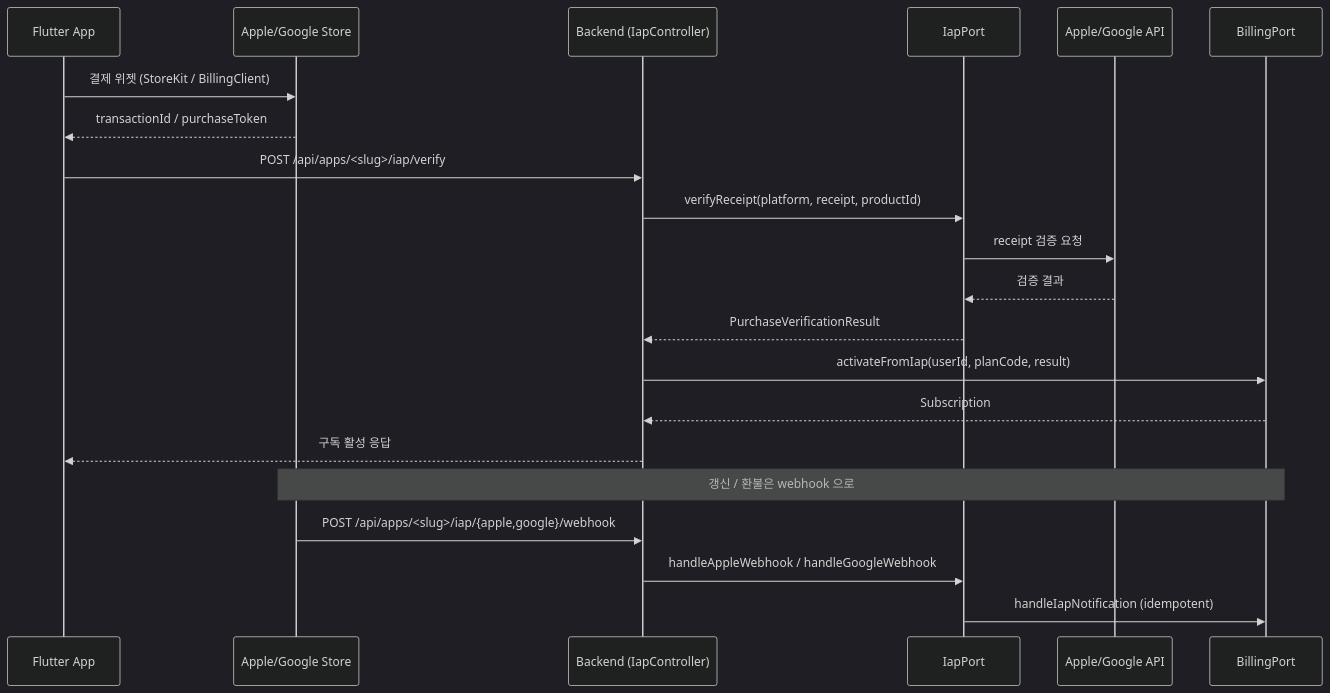
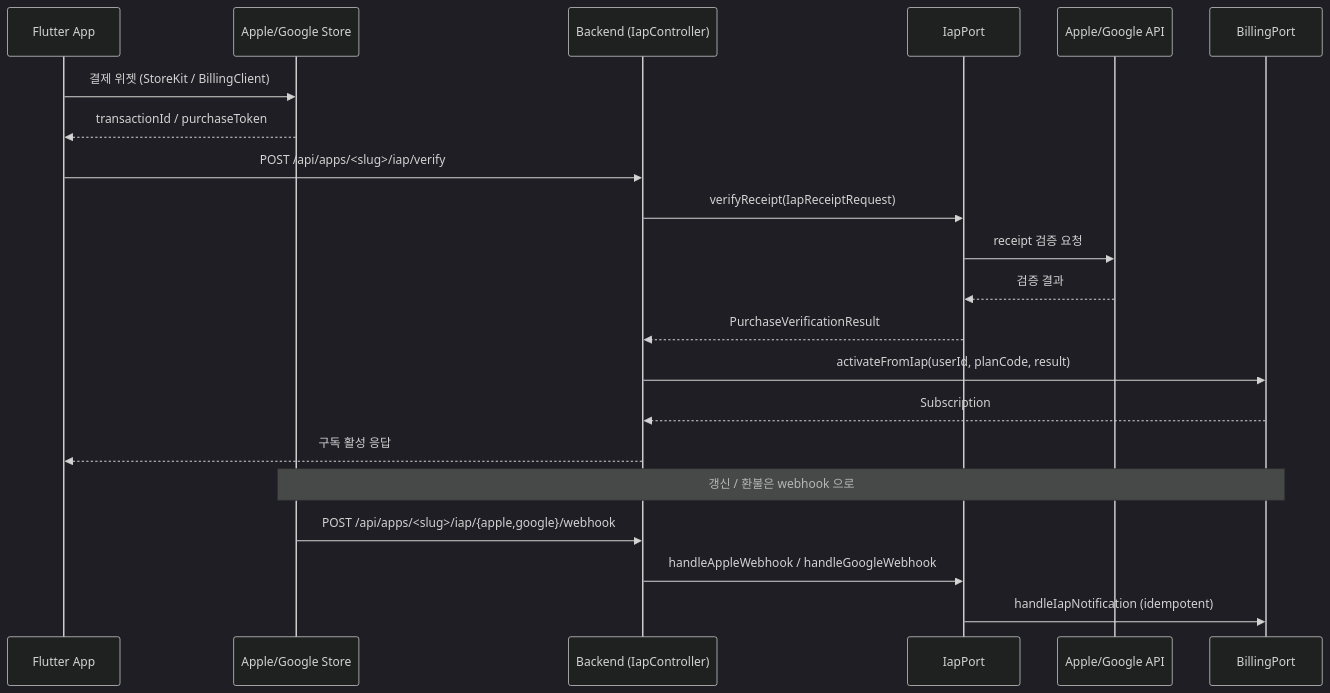
The first of 2 diagrams in docs/api-and-functional/functional/billing-iap-payment.md (storkspear/docs-template-spring), drawn with Mermaid (dark theme) before and after one commit. The commit also changed 3 other files, not shown here.

````diff
--- a/docs/api-and-functional/functional/billing-iap-payment.md
+++ b/docs/api-and-functional/functional/billing-iap-payment.md
@@ -43,25 +43,25 @@
 ```mermaid
 sequenceDiagram
     participant App as Flutter App
     participant Store as Apple/Google Store
     participant API as Backend (IapController)
     participant IapPort
     participant Verify as Apple/Google API
     participant Billing as BillingPort
 
     App->>Store: 결제 위젯 (StoreKit / BillingClient)
     Store-->>App: transactionId / purchaseToken
     App->>API: POST /api/apps/<slug>/iap/verify
-    API->>IapPort: verifyReceipt(platform, receipt, productId)
+    API->>IapPort: verifyReceipt(IapReceiptRequest)
     IapPort->>Verify: receipt 검증 요청
     Verify-->>IapPort: 검증 결과
     IapPort-->>API: PurchaseVerificationResult
     API->>Billing: activateFromIap(userId, planCode, result)
     Billing-->>API: Subscription
     API-->>App: 구독 활성 응답
 
     Note over Store, Billing: 갱신 / 환불은 webhook 으로
     Store->>API: POST /api/apps/<slug>/iap/{apple,google}/webhook
     API->>IapPort: handleAppleWebhook / handleGoogleWebhook
     IapPort->>Billing: handleIapNotification (idempotent)
 ```
````
